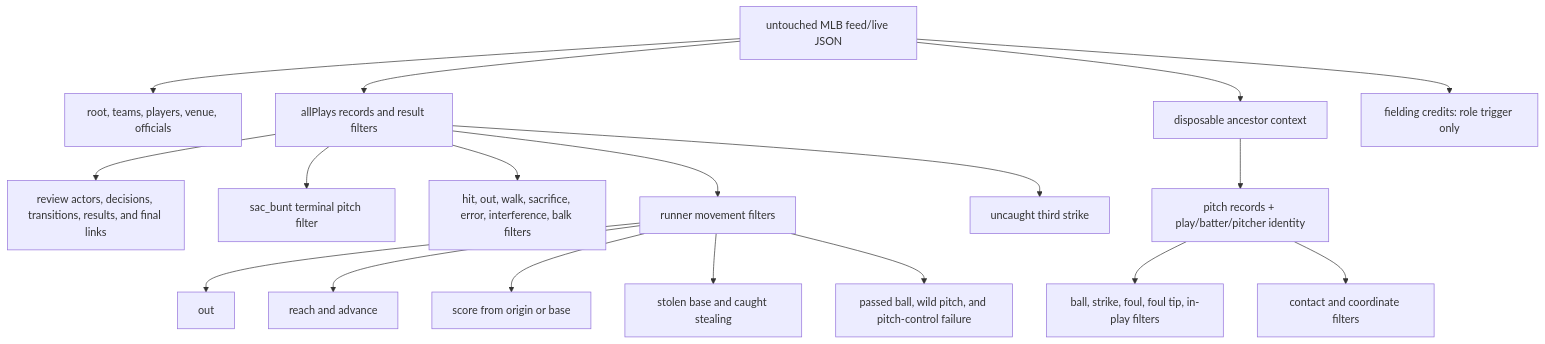
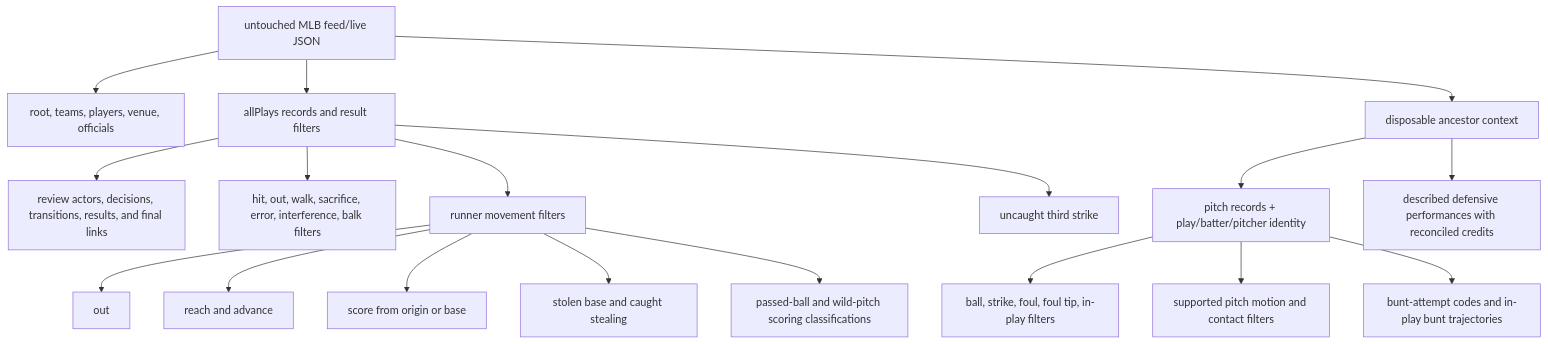
One commit to CarterBeauBenson/BaseballO changed the diagram in Baseball/mermaid/02-logical-sources.md. Above: the diagram before and after it, drawn with Mermaid. The commit also changed other lines of this file and 32 other files, not shown here.

````diff
--- a/Baseball/mermaid/02-logical-sources.md
+++ b/Baseball/mermaid/02-logical-sources.md
@@ -3,20 +3,20 @@
 ```mermaid
 flowchart TD
     RAW["untouched MLB feed/live JSON"] --> ROOT["root, teams, players, venue, officials"]
     RAW --> PLAY["allPlays records and result filters"]
     RAW --> CTX["disposable ancestor context"]
     CTX --> PITCH["pitch records + play/batter/pitcher identity"]
     PITCH --> CALL["ball, strike, foul, foul tip, in-play filters"]
-    PITCH --> PHYSICAL["contact and coordinate filters"]
+    PITCH --> PHYSICAL["supported pitch motion and contact filters"]
     PLAY --> REVIEW["review actors, decisions, transitions, results, and final links"]
-    PLAY --> BUNT["sac_bunt terminal pitch filter"]
+    PITCH --> BUNT["bunt-attempt codes and in-play bunt trajectories"]
     PLAY --> RESULT["hit, out, walk, sacrifice, error, interference, balk filters"]
     PLAY --> RUNNER["runner movement filters"]
     RUNNER --> OUT["out"]
     RUNNER --> SAFE["reach and advance"]
     RUNNER --> RUN["score from origin or base"]
     RUNNER --> STEAL["stolen base and caught stealing"]
-    RUNNER --> CONTROL["passed ball, wild pitch, and pitch-control failure"]
+    RUNNER --> CONTROL["passed-ball and wild-pitch scoring classifications"]
     PLAY --> UTS["uncaught third strike"]
-    RAW --> FIELDING["fielding credits: role trigger only"]
+    CTX --> FIELDING["described defensive performances with reconciled credits"]
 ```
````
